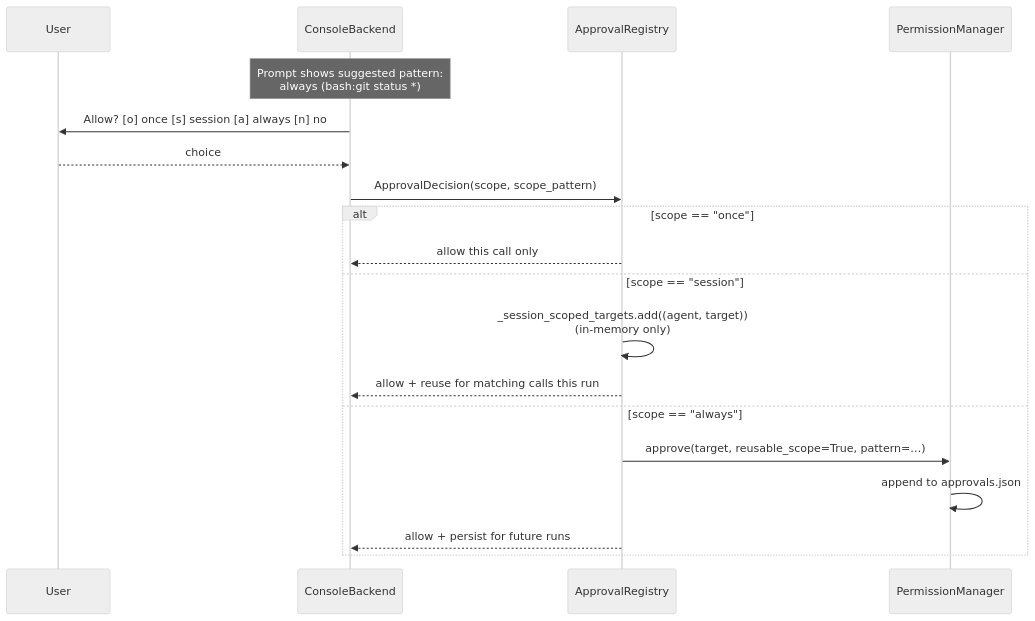
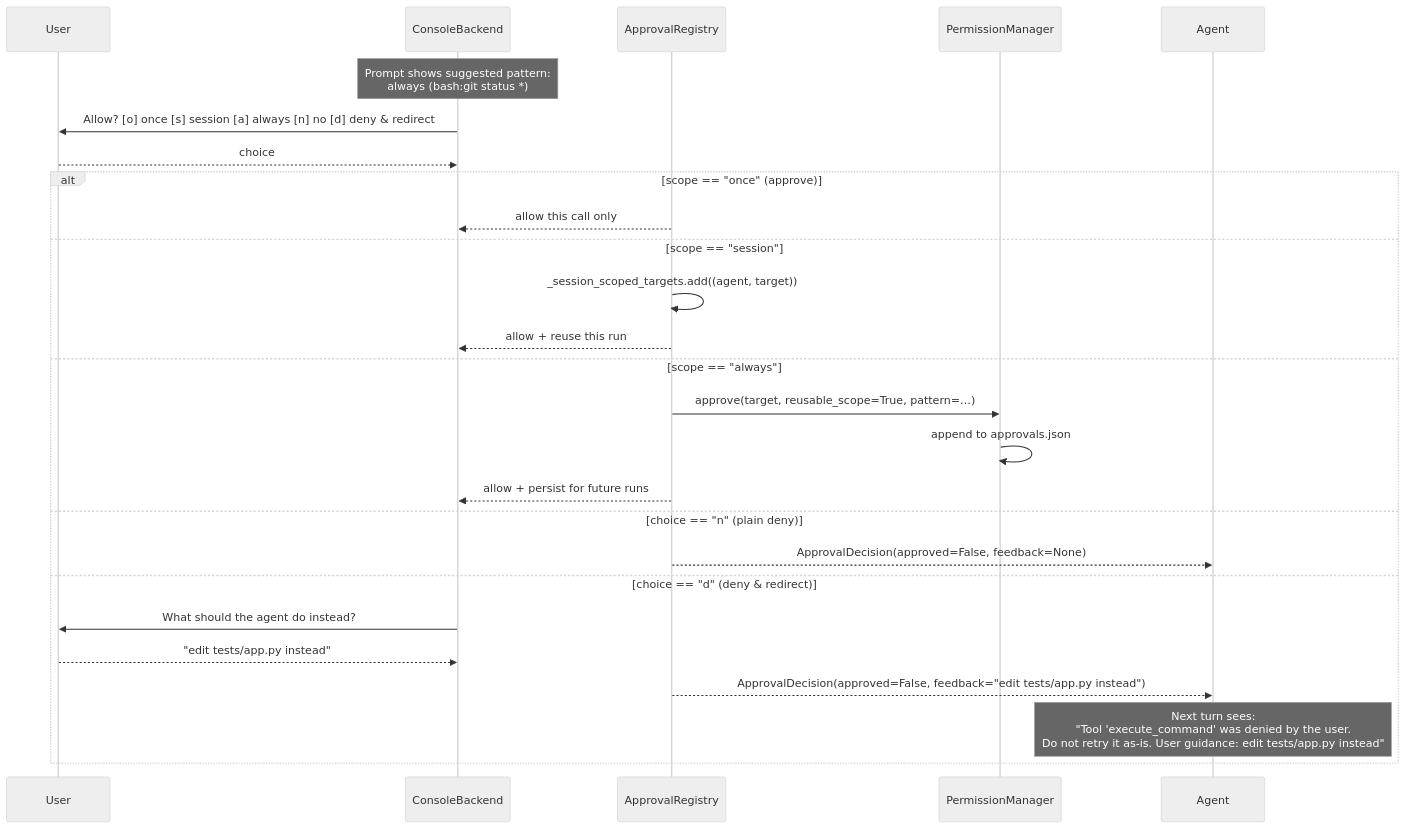
The second of 7 diagrams in docs/features/interactive-approval.mdx (MervinPraison/PraisonAIDocs), drawn with Mermaid (neutral theme) before and after one commit. The commit also changed other lines of this file and 5 other files, not shown here.

First line of the commit message:
docs: add [d] deny & redirect to interactive approval prompt (fixes #3097)

````diff
--- a/docs/features/interactive-approval.mdx
+++ b/docs/features/interactive-approval.mdx
@@ -108,23 +112,29 @@
 ```mermaid
 sequenceDiagram
     participant U as User
     participant B as ConsoleBackend
     participant R as ApprovalRegistry
     participant PM as PermissionManager
+    participant A as Agent
 
     Note over B: Prompt shows suggested pattern:<br/>always (bash:git status *)
-    B->>U: Allow?  [o] once  [s] session  [a] always  [n] no
+    B->>U: Allow?  [o] once  [s] session  [a] always  [n] no  [d] deny & redirect
     U-->>B: choice
-    B->>R: ApprovalDecision(scope, scope_pattern)
-
-    alt scope == "once"
+    alt scope == "once" (approve)
         R-->>B: allow this call only
     else scope == "session"
-        R->>R: _session_scoped_targets.add((agent, target))<br/>(in-memory only)
-        R-->>B: allow + reuse for matching calls this run
+        R->>R: _session_scoped_targets.add((agent, target))
+        R-->>B: allow + reuse this run
     else scope == "always"
         R->>PM: approve(target, reusable_scope=True, pattern=…)
         PM->>PM: append to approvals.json
         R-->>B: allow + persist for future runs
+    else choice == "n" (plain deny)
+        R-->>A: ApprovalDecision(approved=False, feedback=None)
+    else choice == "d" (deny & redirect)
+        B->>U: What should the agent do instead?
+        U-->>B: "edit tests/app.py instead"
+        R-->>A: ApprovalDecision(approved=False, feedback="edit tests/app.py instead")
+        Note over A: Next turn sees:<br/>"Tool 'execute_command' was denied by the user.<br/>Do not retry it as-is. User guidance: edit tests/app.py instead"
     end
 ```
````
